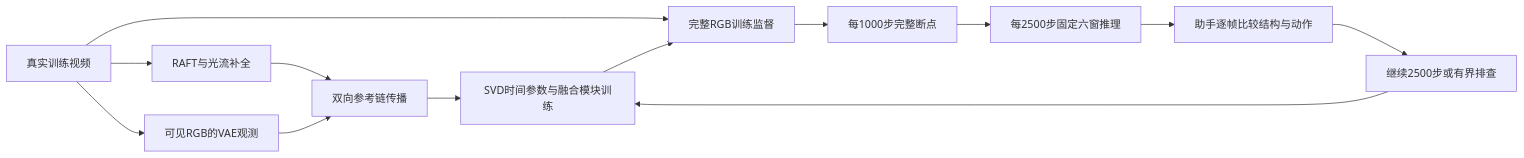
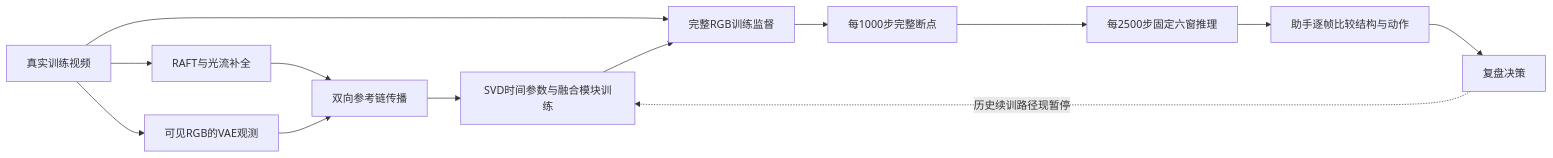
The diagram in docs/v81/P1_REVIEW_CYCLES_R1.md (yunlongdeng123/Motion-Proj), drawn with Mermaid before and after one commit. The commit also changed other lines of this file and 4 other files, not shown here.

````diff
--- a/docs/v81/P1_REVIEW_CYCLES_R1.md
+++ b/docs/v81/P1_REVIEW_CYCLES_R1.md
@@ -11,15 +13,15 @@
 ```mermaid
 flowchart LR
   V[真实训练视频] --> F[RAFT与光流补全]
   V --> E[可见RGB的VAE观测]
   F --> P[双向参考链传播]
   E --> P
   P --> U[SVD时间参数与融合模块训练]
   V --> L[完整RGB训练监督]
   U --> L
   L --> C[每1000步完整断点]
   C --> Q[每2500步固定六窗推理]
   Q --> A[助手逐帧比较结构与动作]
-  A --> D[继续2500步或有界排查]
-  D --> U
+  A --> D[复盘决策]
+  D -. 历史续训路径现暂停 .-> U
 ```
````
